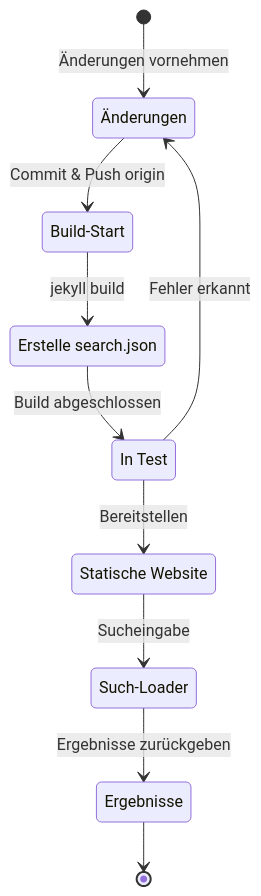
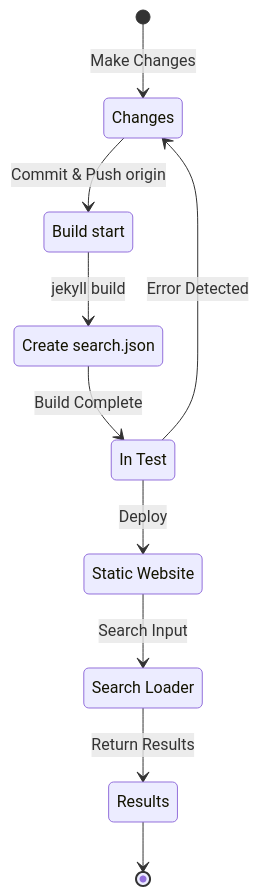
The diagram in _posts/de/2024-11-25-how-to-support-multi-language-on-jekyll-blog-with-polyglot-2.md (yunseo-kim/yunseo-kim.github.io), drawn with Mermaid before and after one commit. The commit also changed other lines of this file and 84 other files, not shown here.

````diff
--- a/_posts/de/2024-11-25-how-to-support-multi-language-on-jekyll-blog-with-polyglot-2.md
+++ b/_posts/de/2024-11-25-how-to-support-multi-language-on-jekyll-blog-with-polyglot-2.md
@@ -326,20 +321,20 @@
 ```mermaid
 stateDiagram
-  state "Änderungen" as CH
-  state "Build-Start" as BLD
-  state "Erstelle search.json" as IDX
-  state "Statische Website" as DEP
+  state "Changes" as CH
+  state "Build start" as BLD
+  state "Create search.json" as IDX
+  state "Static Website" as DEP
   state "In Test" as TST
-  state "Such-Loader" as SCH
-  state "Ergebnisse" as R
+  state "Search Loader" as SCH
+  state "Results" as R
     
-  [*] --> CH: Änderungen vornehmen
+  [*] --> CH: Make Changes
   CH --> BLD: Commit & Push origin
   BLD --> IDX: jekyll build
-  IDX --> TST: Build abgeschlossen
-  TST --> CH: Fehler erkannt
-  TST --> DEP: Bereitstellen
-  DEP --> SCH: Sucheingabe
-  SCH --> R: Ergebnisse zurückgeben
+  IDX --> TST: Build Complete
+  TST --> CH: Error Detected
+  TST --> DEP: Deploy
+  DEP --> SCH: Search Input
+  SCH --> R: Return Results
   R --> [*]
 ```
````
